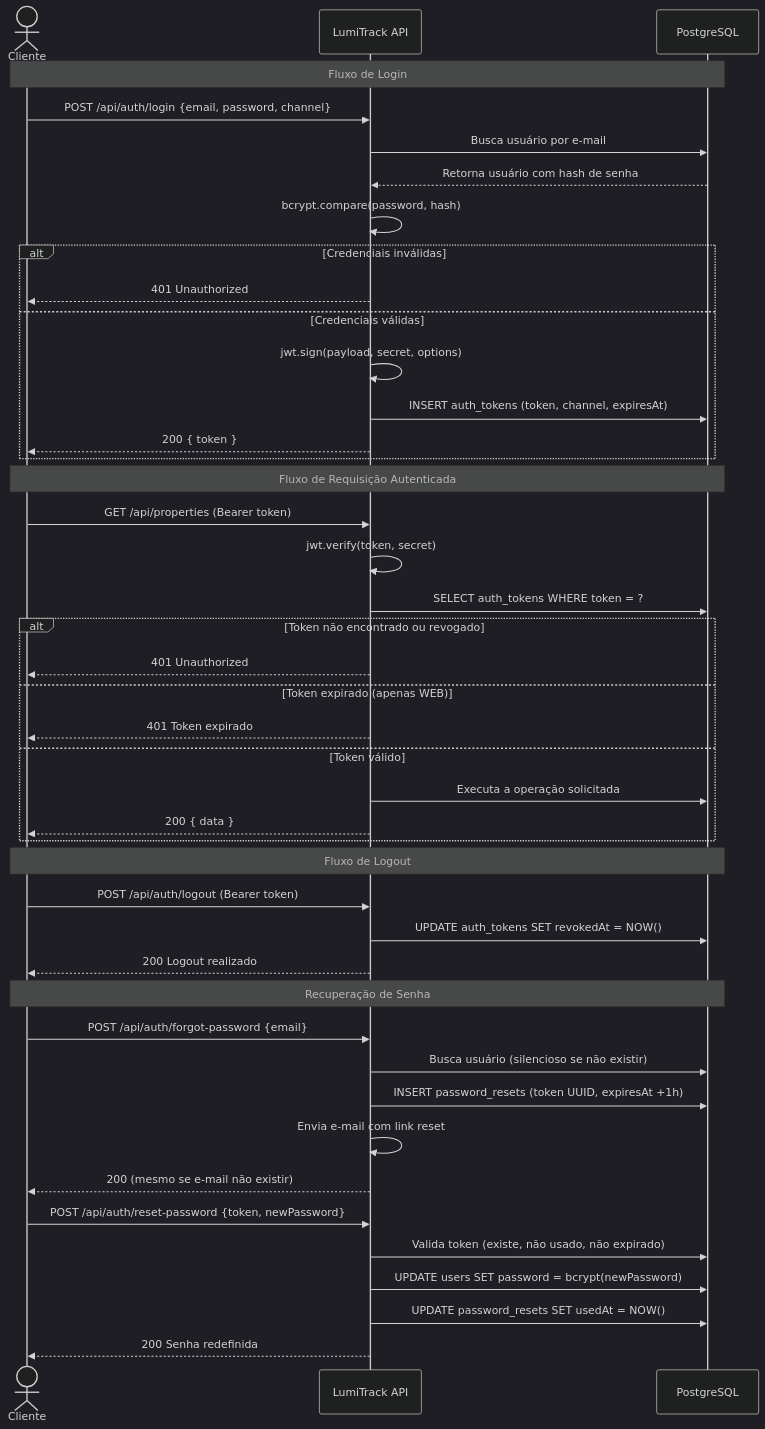
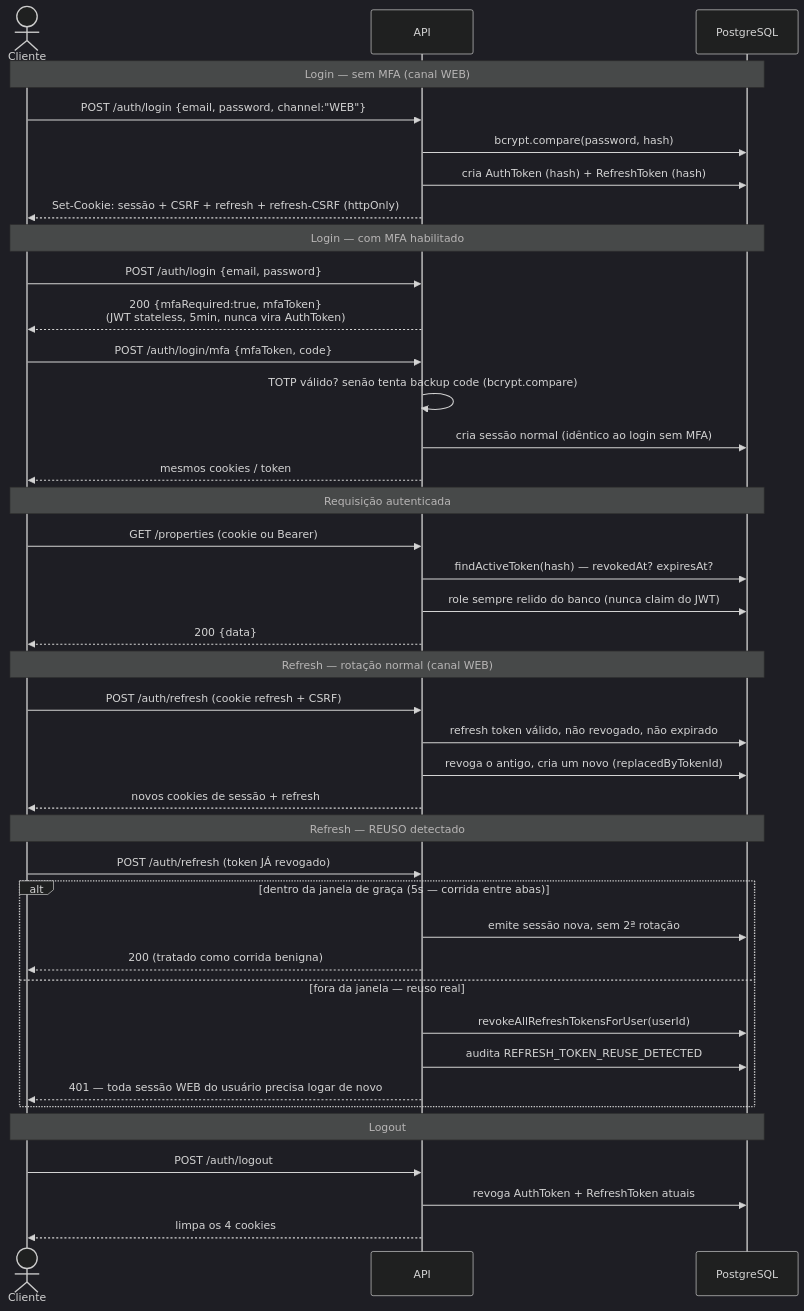
Before and after one commit to viniciussartini/lumitrack: the fifth of 6 diagrams in backend/README.md, drawn with Mermaid (dark theme). The commit also changed other lines of this file and 1 other file, not shown here.

````diff
--- a/backend/README.md
+++ b/backend/README.md
@@ -381,49 +422,48 @@
 ```mermaid
 sequenceDiagram
-    actor Cliente
-    participant API as LumiTrack API
+    actor C as Cliente
+    participant API as API
     participant DB as PostgreSQL
 
-    Note over Cliente, DB: Fluxo de Login
-    Cliente->>API: POST /api/auth/login {email, password, channel}
-    API->>DB: Busca usuário por e-mail
-    DB-->>API: Retorna usuário com hash de senha
-    API->>API: bcrypt.compare(password, hash)
-    alt Credenciais inválidas
-        API-->>Cliente: 401 Unauthorized
-    else Credenciais válidas
-        API->>API: jwt.sign(payload, secret, options)
-        API->>DB: INSERT auth_tokens (token, channel, expiresAt)
-        API-->>Cliente: 200 { token }
+    Note over C,DB: Login — sem MFA (canal WEB)
+    C->>API: POST /auth/login {email, password, channel:"WEB"}
+    API->>DB: bcrypt.compare(password, hash)
+    API->>DB: cria AuthToken (hash) + RefreshToken (hash)
+    API-->>C: Set-Cookie: sessão + CSRF + refresh + refresh-CSRF (httpOnly)
+
+    Note over C,DB: Login — com MFA habilitado
+    C->>API: POST /auth/login {email, password}
+    API-->>C: 200 {mfaRequired:true, mfaToken}<br/>(JWT stateless, 5min, nunca vira AuthToken)
+    C->>API: POST /auth/login/mfa {mfaToken, code}
+    API->>API: TOTP válido? senão tenta backup code (bcrypt.compare)
+    API->>DB: cria sessão normal (idêntico ao login sem MFA)
+    API-->>C: mesmos cookies / token
+
+    Note over C,DB: Requisição autenticada
+    C->>API: GET /properties (cookie ou Bearer)
+    API->>DB: findActiveToken(hash) — revokedAt? expiresAt?
+    API->>DB: role sempre relido do banco (nunca claim do JWT)
+    API-->>C: 200 {data}
+
+    Note over C,DB: Refresh — rotação normal (canal WEB)
+    C->>API: POST /auth/refresh (cookie refresh + CSRF)
+    API->>DB: refresh token válido, não revogado, não expirado
+    API->>DB: revoga o antigo, cria um novo (replacedByTokenId)
+    API-->>C: novos cookies de sessão + refresh
+
+    Note over C,DB: Refresh — REUSO detectado
+    C->>API: POST /auth/refresh (token JÁ revogado)
+    alt dentro da janela de graça (5s — corrida entre abas)
+        API->>DB: emite sessão nova, sem 2ª rotação
+        API-->>C: 200 (tratado como corrida benigna)
+    else fora da janela — reuso real
+        API->>DB: revokeAllRefreshTokensForUser(userId)
+        API->>DB: audita REFRESH_TOKEN_REUSE_DETECTED
+        API-->>C: 401 — toda sessão WEB do usuário precisa logar de novo
     end
 
-    Note over Cliente, DB: Fluxo de Requisição Autenticada
-    Cliente->>API: GET /api/properties (Bearer token)
-    API->>API: jwt.verify(token, secret)
-    API->>DB: SELECT auth_tokens WHERE token = ?
-    alt Token não encontrado ou revogado
-        API-->>Cliente: 401 Unauthorized
-    else Token expirado (apenas WEB)
-        API-->>Cliente: 401 Token expirado
-    else Token válido
-        API->>DB: Executa a operação solicitada
-        API-->>Cliente: 200 { data }
-    end
-
-    Note over Cliente, DB: Fluxo de Logout
-    Cliente->>API: POST /api/auth/logout (Bearer token)
-    API->>DB: UPDATE auth_tokens SET revokedAt = NOW()
-    API-->>Cliente: 200 Logout realizado
-
-    Note over Cliente, DB: Recuperação de Senha
-    Cliente->>API: POST /api/auth/forgot-password {email}
-    API->>DB: Busca usuário (silencioso se não existir)
-    API->>DB: INSERT password_resets (token UUID, expiresAt +1h)
-    API->>API: Envia e-mail com link reset
-    API-->>Cliente: 200 (mesmo se e-mail não existir)
-    Cliente->>API: POST /api/auth/reset-password {token, newPassword}
-    API->>DB: Valida token (existe, não usado, não expirado)
-    API->>DB: UPDATE users SET password = bcrypt(newPassword)
-    API->>DB: UPDATE password_resets SET usedAt = NOW()
-    API-->>Cliente: 200 Senha redefinida
+    Note over C,DB: Logout
+    C->>API: POST /auth/logout
+    API->>DB: revoga AuthToken + RefreshToken atuais
+    API-->>C: limpa os 4 cookies
 ```
````
